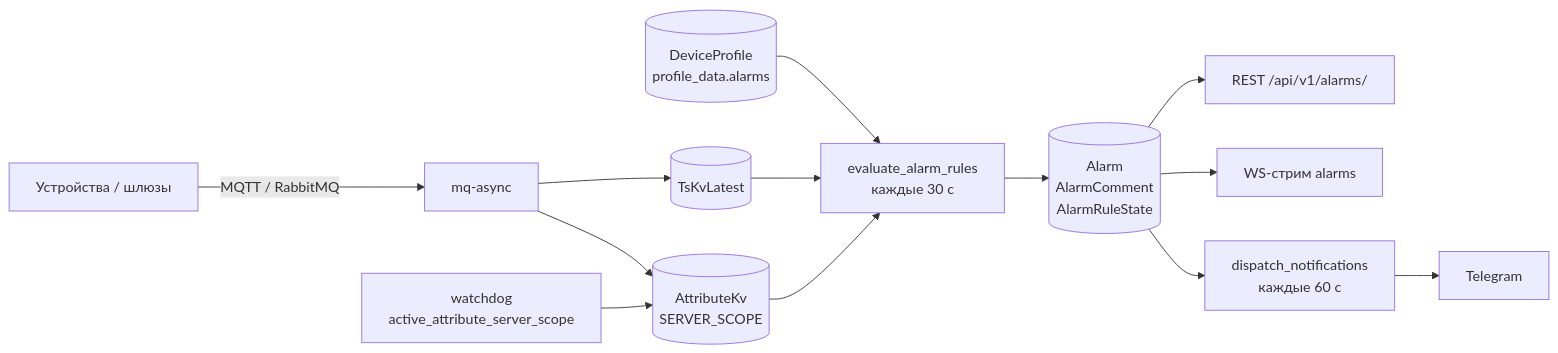
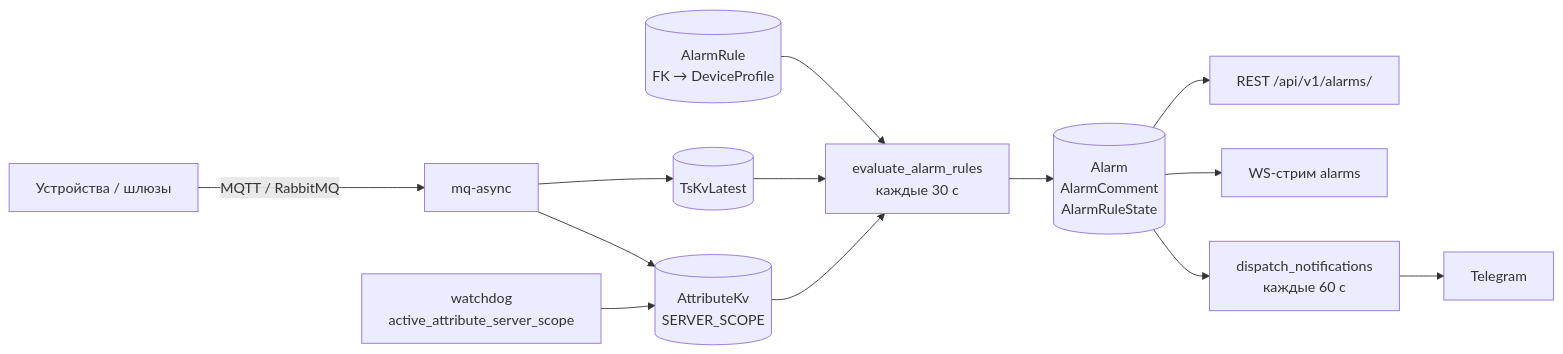
Before and after one commit to bt-roomio/GRMS: the first of 2 diagrams in docs/alarms.md, drawn with Mermaid. The commit also changed other lines of this file and 24 other files, not shown here.

First line of the commit message:
feat(alarms): move rules into their own table with CRUD and templates

````diff
--- a/docs/alarms.md
+++ b/docs/alarms.md
@@ -46,14 +47,14 @@
 ```mermaid
 flowchart LR
     DEV[Устройства / шлюзы] -->|MQTT / RabbitMQ| MQ[mq-async]
     MQ --> LATEST[(TsKvLatest)]
     MQ --> ATTR[(AttributeKv<br/>SERVER_SCOPE)]
     WD[watchdog<br/>active_attribute_server_scope] --> ATTR
-    PROFILE[(DeviceProfile<br/>profile_data.alarms)] --> EVAL
+    RULES[(AlarmRule<br/>FK → DeviceProfile)] --> EVAL
     LATEST --> EVAL[evaluate_alarm_rules<br/>каждые 30 с]
     ATTR --> EVAL
     EVAL --> ALARM[(Alarm<br/>AlarmComment<br/>AlarmRuleState)]
     ALARM --> REST[REST /api/v1/alarms/]
     ALARM --> WS[WS-стрим alarms]
     ALARM --> DISP[dispatch_notifications<br/>каждые 60 с] --> TG[Telegram]
 ```
````
